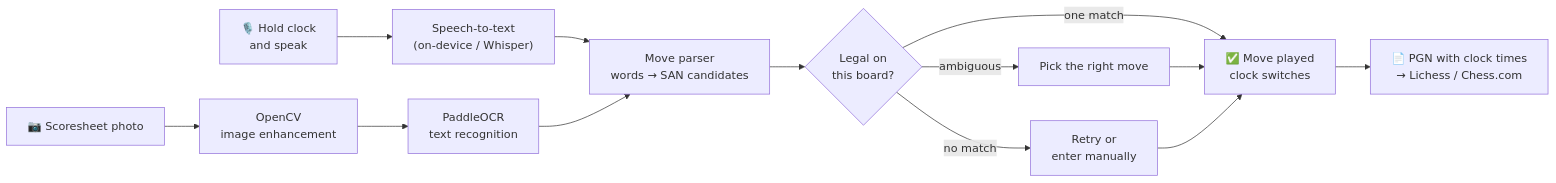
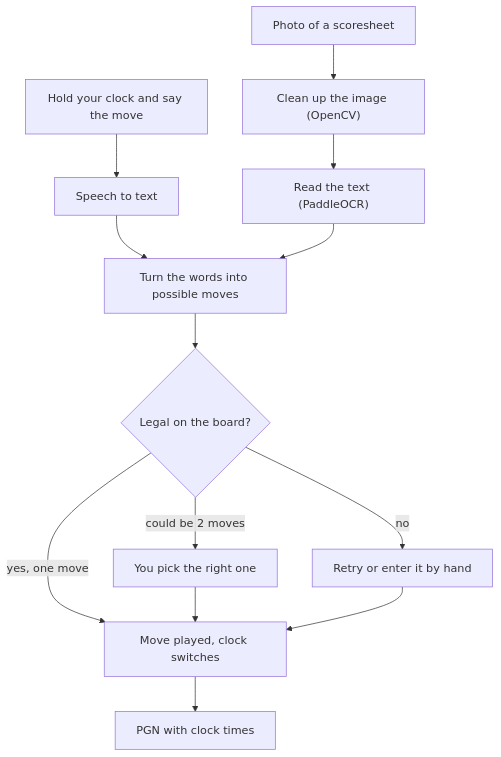
One commit to AB-TheCoder/Voice_move changed the diagram in README.md. Above: the diagram before and after it, drawn with Mermaid. The commit also changed other lines of this file, not shown here.

Commit message:
Refine README.md to enhance clarity and structure for VoiceMove. Updated project overview, streamlined feature descriptions, and improved navigation with new sections. Added visual elements and links for better user engagement.

````diff
--- a/README.md
+++ b/README.md
@@ -87,13 +66,13 @@
 ```mermaid
-flowchart LR
-    A["🎙️ Hold clock<br/>and speak"] --> B["Speech-to-text<br/>(on-device / Whisper)"]
-    B --> C["Move parser<br/>words → SAN candidates"]
-    P["📷 Scoresheet photo"] --> Q["OpenCV<br/>image enhancement"]
-    Q --> R["PaddleOCR<br/>text recognition"]
+flowchart TD
+    A["Hold your clock and say the move"] --> B["Speech to text"]
+    P["Photo of a scoresheet"] --> Q["Clean up the image (OpenCV)"]
+    Q --> R["Read the text (PaddleOCR)"]
+    B --> C["Turn the words into possible moves"]
     R --> C
-    C --> D{"Legal on<br/>this board?"}
-    D -- "one match" --> E["✅ Move played<br/>clock switches"]
-    D -- "ambiguous" --> F["Pick the right move"] --> E
-    D -- "no match" --> G["Retry or<br/>enter manually"] --> E
-    E --> H["📄 PGN with clock times<br/>→ Lichess / Chess.com"]
+    C --> D{"Legal on the board?"}
+    D -- "yes, one move" --> E["Move played, clock switches"]
+    D -- "could be 2 moves" --> F["You pick the right one"] --> E
+    D -- "no" --> G["Retry or enter it by hand"] --> E
+    E --> H["PGN with clock times"]
 ```
````
